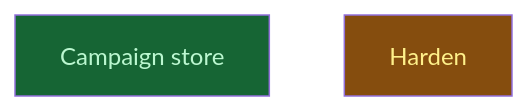
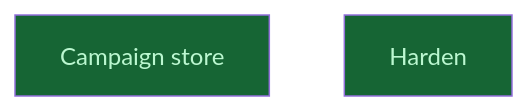
The diagram in __roadmap__/m1-core-foundation/settle/build/codec/store/README.md (CrackingShells/cracking-shells-playbook), drawn with Mermaid before and after one commit. The commit also changed other lines of this file and 11 other files, not shown here.

First line of the commit message:
chore(roadmap): mark the m1-core-foundation campaign done

````diff
--- a/__roadmap__/m1-core-foundation/settle/build/codec/store/README.md
+++ b/__roadmap__/m1-core-foundation/settle/build/codec/store/README.md
@@ -17,10 +17,10 @@
 ```mermaid
 graph TD
     campaign_store[Campaign store]:::done
-    harden[Harden]:::inprogress
+    harden[Harden]:::done
     classDef done       fill:#166534,color:#bbf7d0
     classDef inprogress fill:#854d0e,color:#fef08a
     classDef planned    fill:#374151,color:#e5e7eb
     classDef amendment  fill:#1e3a5f,color:#bfdbfe
     classDef blocked    fill:#7f1d1d,color:#fecaca
 ```
````
